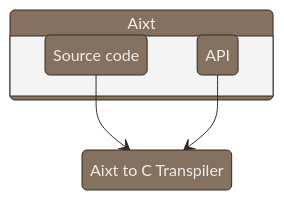
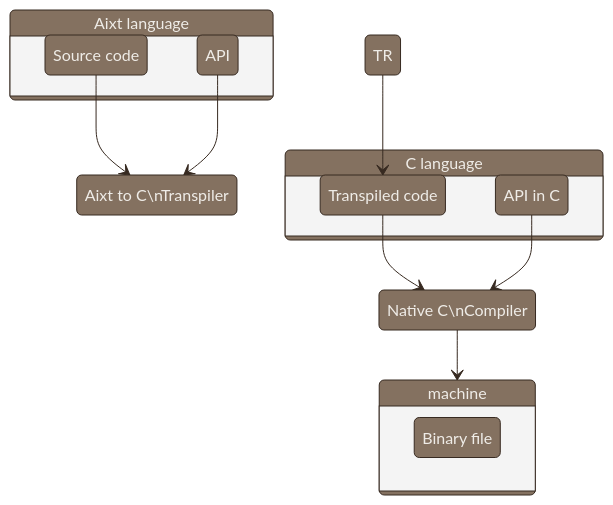
One commit to fermarsan/aixt changed the second of 2 diagrams in logo/Aixt diagram.md. Above: the diagram before and after it, drawn with Mermaid.

Commit message:
mermaid diagram

````diff
--- a/logo/Aixt diagram.md
+++ b/logo/Aixt diagram.md
@@ -42,46 +42,48 @@
 ```mermaid
 %%{ init: { 'theme': 'base', 
             'themeVariables': { 'primaryColor': '#847160',
                                 'secondaryColor': '#6f7c84',
                                 'primaryTextColor': '#efece7',
                                 'primaryBorderColor': '#372a21',
                                 'tertiaryTextColor': '#c3c2f',
                                 'tertiaryBorderColor': '#472a21',
                                 'lineColor': '#372a21'
                               }
           }
 }%%
 
 stateDiagram-v2
 
-    Aixt
+    Aixt: Aixt language
     state Aixt {
         SC: Source code
         API
-        }
+    }
 
-    Aixt2C: Aixt to C Transpiler
+    Aixt2C: Aixt to C\nTranspiler
 
+    C: C language
+    state C {
+        TC: Transpiled code
+        API_C: API in C
+    }
+
+    NC: Native C\nCompiler
+    
+    machine
+    state machine {
+        BF: Binary file
+    }
+    
     SC  --> Aixt2C
     API --> Aixt2C 
 
-    %%subgraph C
-    %%TC(Transpiled code)
-    %%API_C(API in C) 
-    %%end
-    %%
-    %%subgraph machine
-    %%BF(Binary file)
-    %%end
-%%
-    %%SC  --> TR(Aixt to C\nTranspiler)
-    %%API --> TR
-    %%TR  --> TC
-%%
-    %%TC    --> NC(Native C\nCompiler)
-    %%API_C --> NC
-    %%NC    --> machine
+    TR  --> TC
+
+    TC    --> NC
+    API_C --> NC
+    NC    --> machine
 
 %% general block diagram in mermaid.js
 %% converted in svg image by using https://mermaid.live/edit
 ```
````
